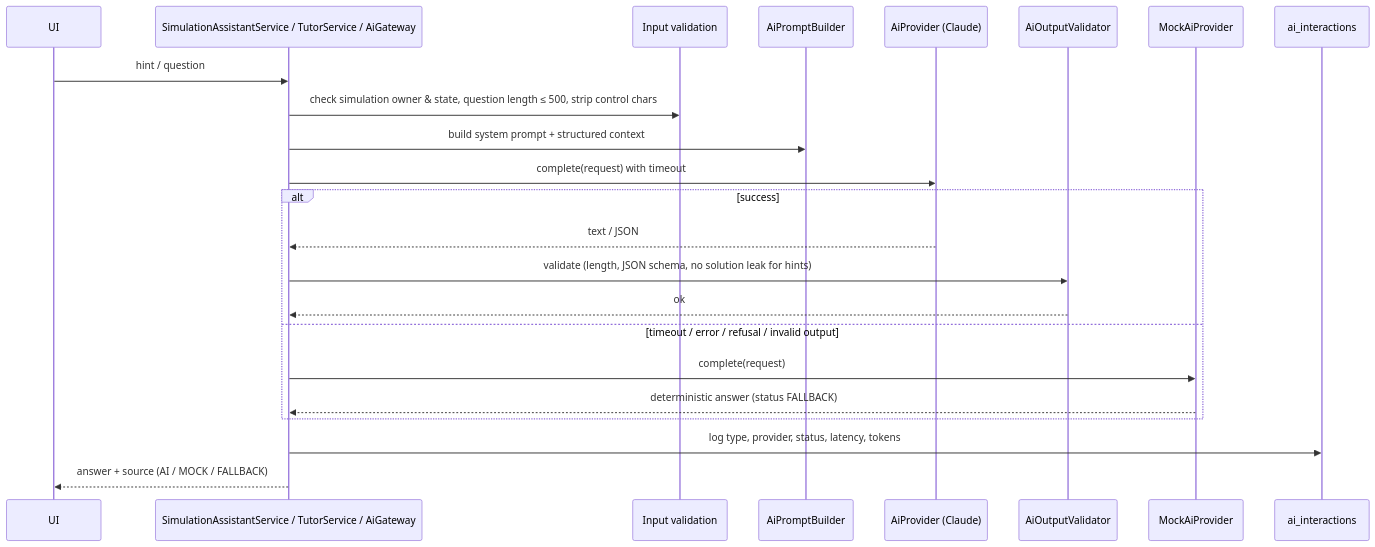
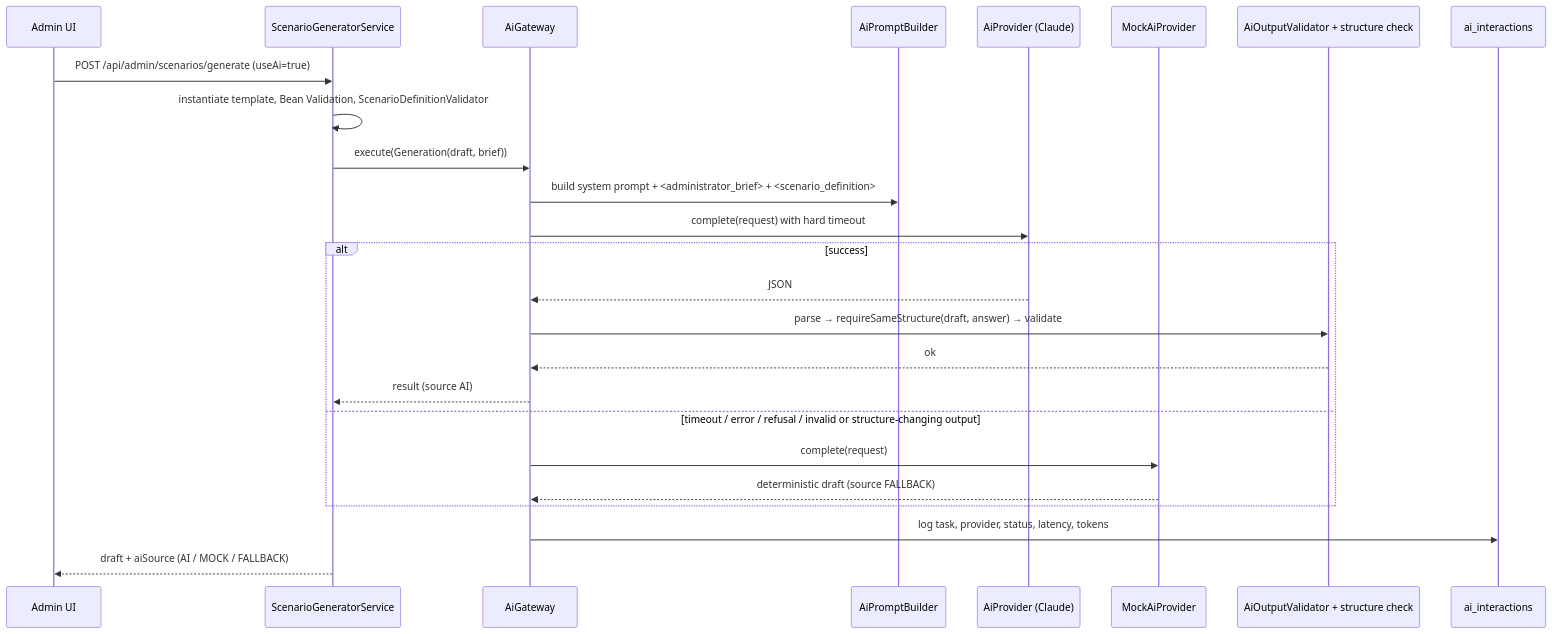
One commit to baghdasaryanzenfira-spec/cyber-sim changed the second of 2 diagrams in docs/en/09-ai-integration.md. Above: the diagram before and after it, drawn with Mermaid. The commit also changed other lines of this file and 37 other files, not shown here.

````diff
--- a/docs/en/09-ai-integration.md
+++ b/docs/en/09-ai-integration.md
@@ -130,25 +115,27 @@
 ```mermaid
 sequenceDiagram
-  participant UI
-  participant S as SimulationAssistantService / TutorService / AiGateway
-  participant V as Input validation
+  participant UI as Admin UI
+  participant S as ScenarioGeneratorService
+  participant G as AiGateway
   participant P as AiPromptBuilder
   participant AI as AiProvider (Claude)
-  participant O as AiOutputValidator
   participant M as MockAiProvider
+  participant V as AiOutputValidator + structure check
   participant L as ai_interactions
-  UI->>S: hint / question
-  S->>V: check simulation owner & state, question length ≤ 500, strip control chars
-  S->>P: build system prompt + structured context
-  S->>AI: complete(request) with timeout
+  UI->>S: POST /api/admin/scenarios/generate (useAi=true)
+  S->>S: instantiate template, Bean Validation, ScenarioDefinitionValidator
+  S->>G: execute(Generation(draft, brief))
+  G->>P: build system prompt + <administrator_brief> + <scenario_definition>
+  G->>AI: complete(request) with hard timeout
   alt success
-    AI-->>S: text / JSON
-    S->>O: validate (length, JSON schema, no solution leak for hints)
-    O-->>S: ok
-  else timeout / error / refusal / invalid output
-    S->>M: complete(request)
-    M-->>S: deterministic answer (status FALLBACK)
+    AI-->>G: JSON
+    G->>V: parse → requireSameStructure(draft, answer) → validate
+    V-->>G: ok
+    G-->>S: result (source AI)
+  else timeout / error / refusal / invalid or structure-changing output
+    G->>M: complete(request)
+    M-->>G: deterministic draft (source FALLBACK)
   end
-  S->>L: log type, provider, status, latency, tokens
-  S-->>UI: answer + source (AI / MOCK / FALLBACK)
+  G->>L: log task, provider, status, latency, tokens
+  S-->>UI: draft + aiSource (AI / MOCK / FALLBACK)
 ```
````
